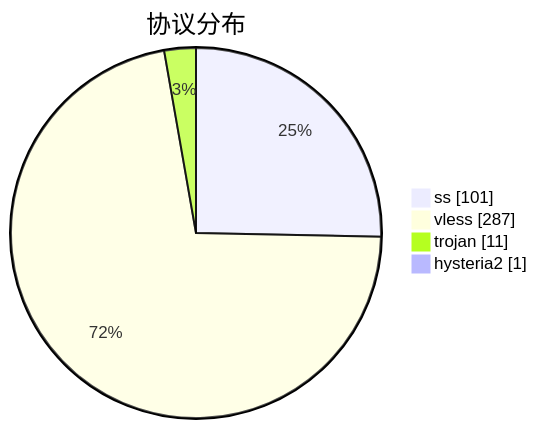
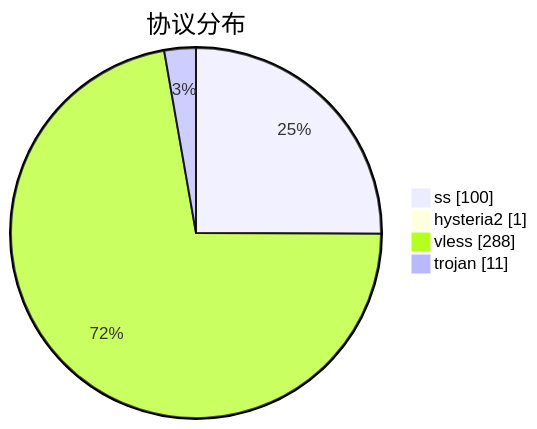
One commit to qjlxg/airport changed the third of 3 diagrams in subs/statistics/tested_within.md. Above: the diagram before and after it, drawn with Mermaid. The commit also changed other lines of this file and 2 other files, not shown here.

````diff
--- a/subs/statistics/tested_within.md
+++ b/subs/statistics/tested_within.md
@@ -18,8 +18,8 @@
 ```mermaid
 pie showData
 title 协议分布
-"ss" : 101
-"vless" : 287
+"ss" : 100
+"hysteria2" : 1
+"vless" : 288
 "trojan" : 11
-"hysteria2" : 1
 ```
````
